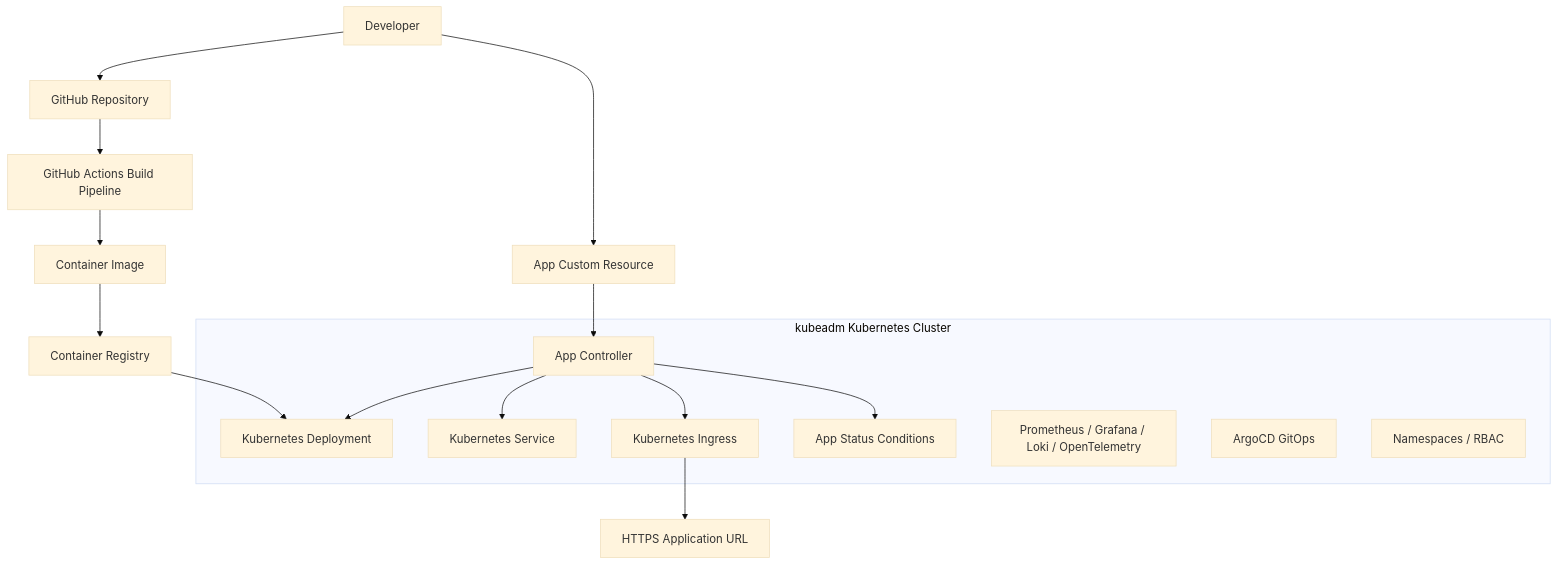
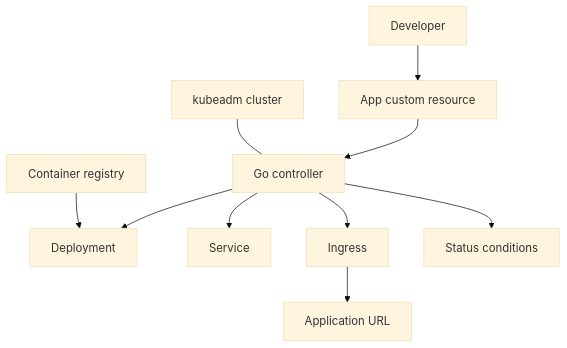
Before and after one commit to Shreyas0610/kubernetes-platform: the diagram in README.md, drawn with Mermaid (base theme). The commit also changed other lines of this file, not shown here.

````diff
--- a/README.md
+++ b/README.md
@@ -17,29 +84,12 @@
-```mermaid
+~~~mermaid
 flowchart TD
-    Dev["Developer"] --> Repo["GitHub Repository"]
-    Repo --> CI["GitHub Actions Build Pipeline"]
-    CI --> Image["Container Image"]
-    Image --> Registry["Container Registry"]
-
-    Dev --> AppCR["App Custom Resource"]
-    AppCR --> Controller["App Controller"]
-
-    Controller --> Deploy["Kubernetes Deployment"]
-    Controller --> Service["Kubernetes Service"]
-    Controller --> Ingress["Kubernetes Ingress"]
-    Controller --> Status["App Status Conditions"]
-
-    Registry --> Deploy
-    Ingress --> HTTPS["HTTPS Application URL"]
-
-    subgraph Cluster["kubeadm Kubernetes Cluster"]
-        Controller
-        Deploy
-        Service
-        Ingress
-        Status
-        Observability["Prometheus / Grafana / Loki / OpenTelemetry"]
-        GitOps["ArgoCD GitOps"]
-        Tenancy["Namespaces / RBAC"]
-    end
-```
+    A["Developer"] --> B["App custom resource"]
+    B --> C["Go controller"]
+    C --> D["Deployment"]
+    C --> E["Service"]
+    C --> F["Ingress"]
+    C --> G["Status conditions"]
+    H["Container registry"] --> D
+    F --> I["Application URL"]
+    J["kubeadm cluster"] --- C
+~~~
````
